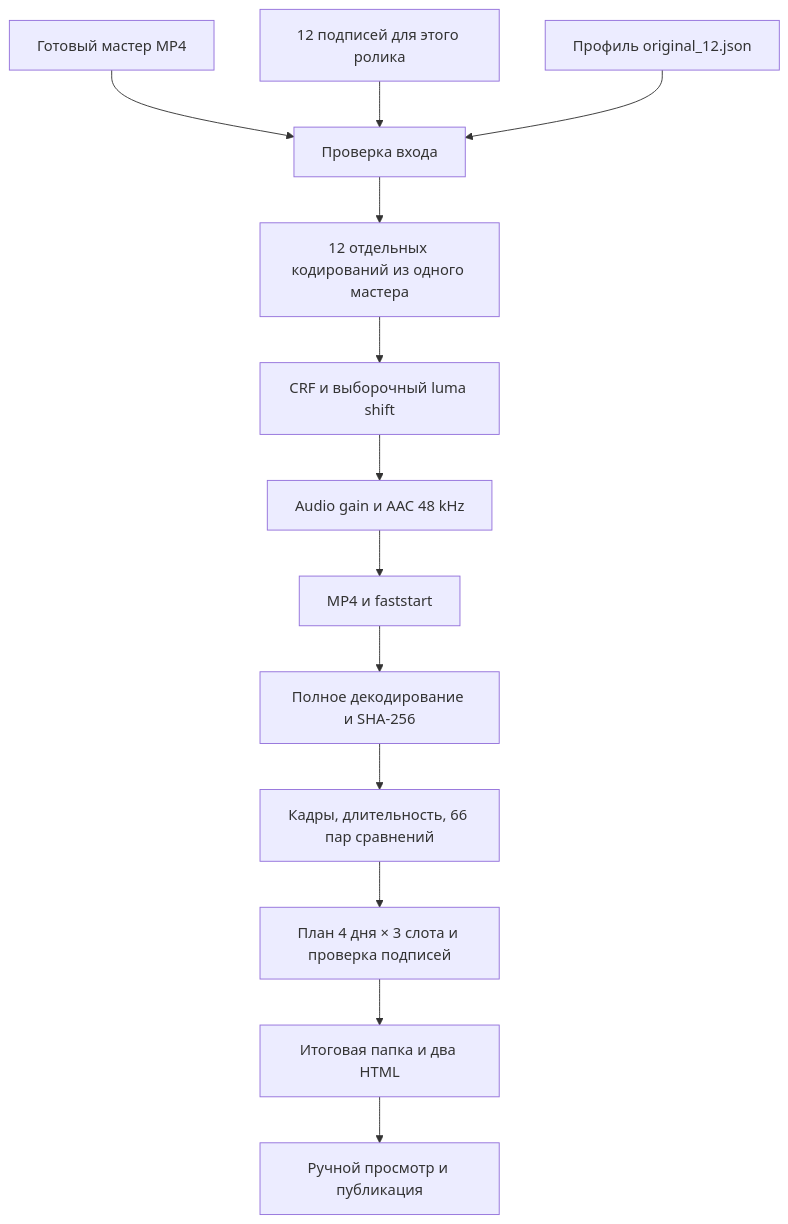
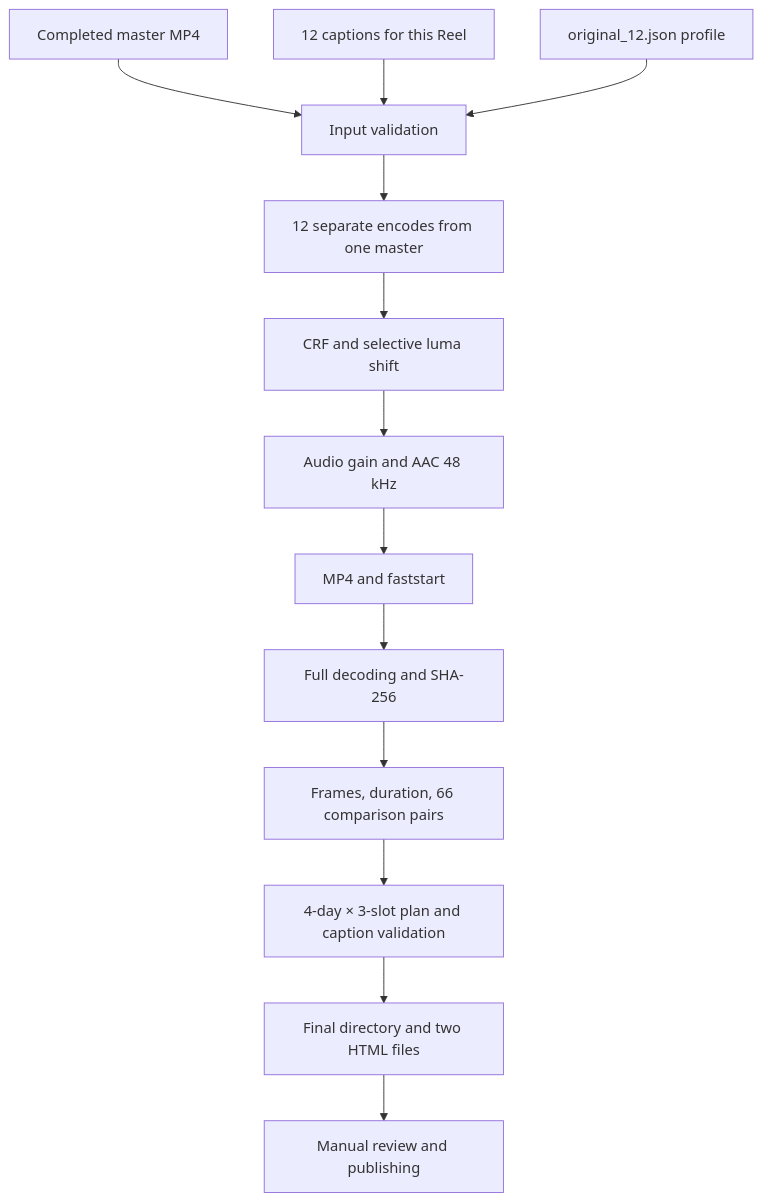
One commit to teskor-hub/instagram-reels-uniquilization changed the diagram in README.md. Above: the diagram before and after it, drawn with Mermaid. The commit also changed other lines of this file and 6 other files, not shown here.

````diff
--- a/README.md
+++ b/README.md
@@ -104,15 +104,15 @@
 ```mermaid
 flowchart TD
-    A[Готовый мастер MP4] --> C[Проверка входа]
-    B[12 подписей для этого ролика] --> C
-    P[Профиль original_12.json] --> C
-    C --> D[12 отдельных кодирований из одного мастера]
-    D --> E[CRF и выборочный luma shift]
-    E --> F[Audio gain и AAC 48 kHz]
-    F --> G[MP4 и faststart]
-    G --> H[Полное декодирование и SHA-256]
-    H --> I[Кадры, длительность, 66 пар сравнений]
-    I --> J[План 4 дня × 3 слота и проверка подписей]
-    J --> K[Итоговая папка и два HTML]
-    K --> L[Ручной просмотр и публикация]
+    A[Completed master MP4] --> C[Input validation]
+    B[12 captions for this Reel] --> C
+    P[original_12.json profile] --> C
+    C --> D[12 separate encodes from one master]
+    D --> E[CRF and selective luma shift]
+    E --> F[Audio gain and AAC 48 kHz]
+    F --> G[MP4 and faststart]
+    G --> H[Full decoding and SHA-256]
+    H --> I[Frames, duration, 66 comparison pairs]
+    I --> J[4-day × 3-slot plan and caption validation]
+    J --> K[Final directory and two HTML files]
+    K --> L[Manual review and publishing]
 ```
````
